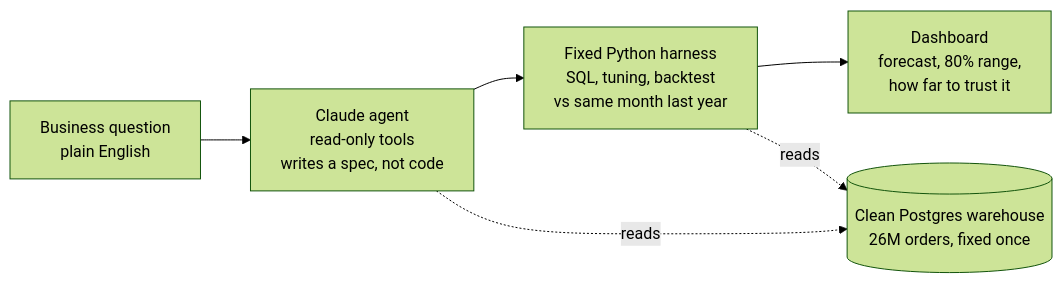
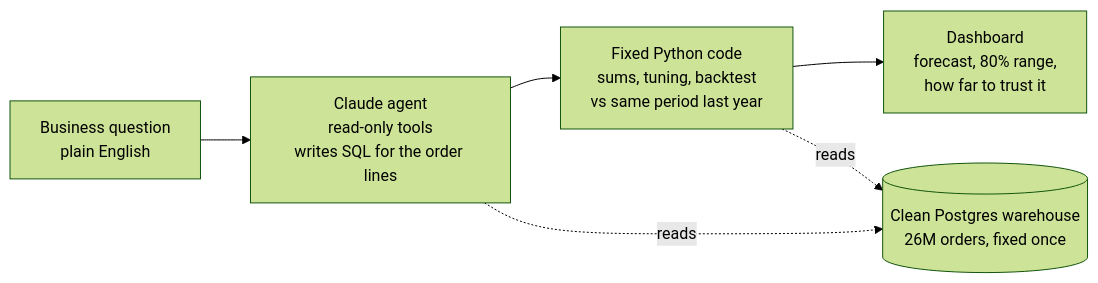
One commit to joehahn/demand-on-demand changed the diagram in README.md. Above: the diagram before and after it, drawn with Mermaid (forest theme). The commit also changed other lines of this file and 41 other files, not shown here.

First line of the commit message:
One path: the agent writes the SQL for every forecast; slot filling retired

````diff
--- a/README.md
+++ b/README.md
@@ -24,8 +24,8 @@
 ```mermaid
 flowchart LR
-    Q["Business question<br/>plain English"] --> A["Claude agent<br/>read-only tools<br/>writes a spec, not code"]
-    A --> H["Fixed Python harness<br/>SQL, tuning, backtest<br/>vs same month last year"]
+    Q["Business question<br/>plain English"] --> A["Claude agent<br/>read-only tools<br/>writes SQL for the order lines"]
+    A --> H["Fixed Python code<br/>sums, tuning, backtest<br/>vs same period last year"]
     H --> D["Dashboard<br/>forecast, 80% range,<br/>how far to trust it"]
     A -. reads .-> W[("Clean Postgres warehouse<br/>26M orders, fixed once")]
     H -. reads .-> W
 ```
````
